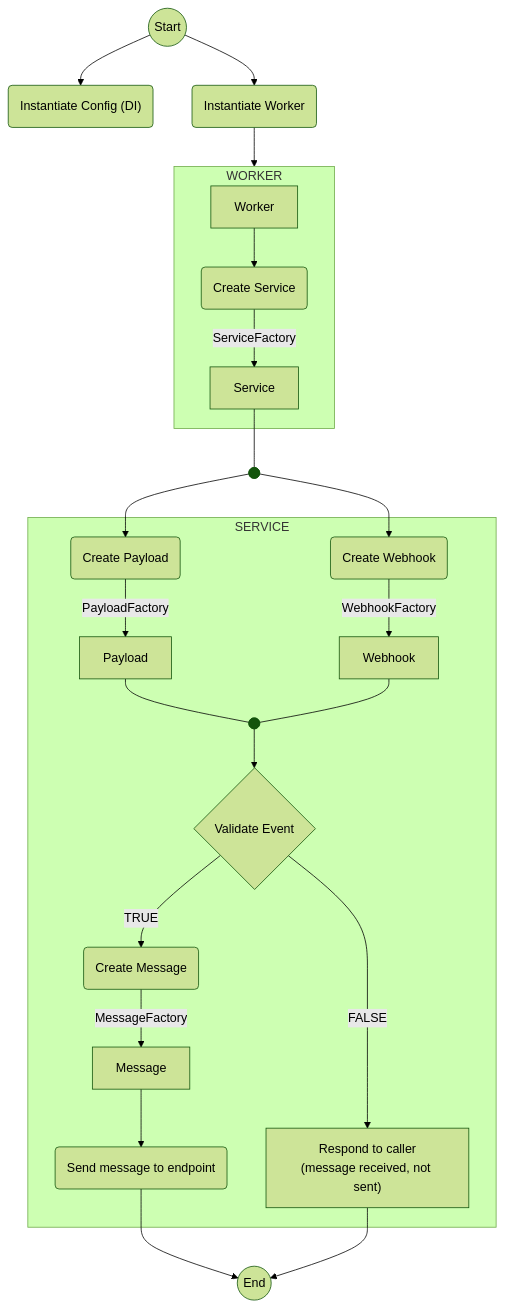
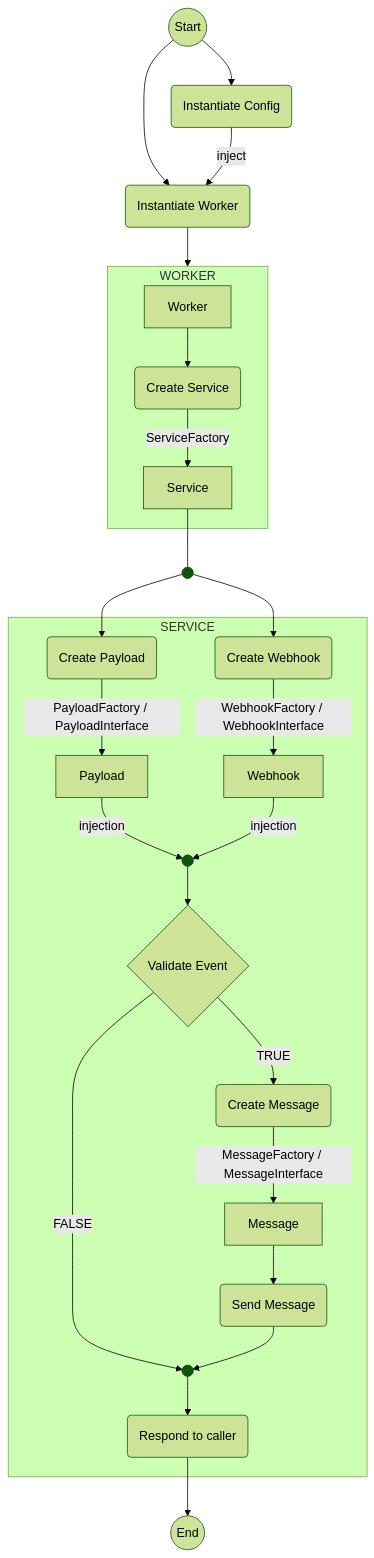
One commit to tei187/github-discord-webhook changed the diagram in docs/process.md. Above: the diagram before and after it, drawn with Mermaid (forest theme). The commit also changed other lines of this file and 2 other files, not shown here.

Commit message:
Documentation expansion and fixes

````diff
--- a/docs/process.md
+++ b/docs/process.md
@@ -39,47 +39,53 @@
 ```mermaid
 flowchart TB
  subgraph s1["WORKER"]
         n7["Worker"]
         n8["Create Service"]
         n9["Service"]
   end
  subgraph s2["SERVICE"]
         n10["Create Payload"]
         n11["Validate Event"]
         n13["Create Webhook"]
         n14["Payload"]
         n15["Webhook"]
         n16["Create Message"]
         n17["Message"]
-        n18["Send message to endpoint"]
-        n19["Respond to caller<br>(message received, not sent)"]
-        n22["Untitled Node"]
+        n18["Send Message"]
+        n19["Respond to caller"]
+        n22
+        n24
   end
-    n1(("Start")) --> n5["Instantiate Config (DI)"] & n3["Instantiate Worker"]
+    n1(("Start")) --> n5["Instantiate Config"] & n3["Instantiate Worker"]
+    n5 -- inject --> n3
     n3 --> s1
     n7 --> n8
     n8 -- ServiceFactory --> n9
-    n10 -- PayloadFactory --> n14
-    n13 -- WebhookFactory --> n15
-    n14 --- n22
+    n10 -- PayloadFactory / PayloadInterface --> n14
+    n13 -- WebhookFactory / WebhookInterface --> n15
+    n14 -- injection --> n22
     n11 -- TRUE --> n16
-    n16 -- MessageFactory --> n17
+    n16 -- MessageFactory / MessageInterface --> n17
     n17 --> n18
-    n11 -- FALSE --> n19
-    n18 --> n20(("End"))
+    n11 -- FALSE --> n24
+    n18 --> n24
     n19 --> n20
-    n9 --- n21["Junction"]
+    n9 --- n21
     n21 --> n10 & n13
-    n15 --- n22
+    n15 -- injection --> n22
     n22 --> n11
+    n24 --> n19
+    n20(("End"))
     n8@{ shape: event}
     n10@{ shape: event}
     n11@{ shape: decision}
     n13@{ shape: event}
     n16@{ shape: event}
     n18@{ shape: rounded}
+    n19@{ shape: rounded}
     n22@{ shape: f-circ}
     n5@{ shape: event}
     n3@{ shape: event}
     n21@{ shape: junction}
+    n24@{ shape: junction }
 ```
````
